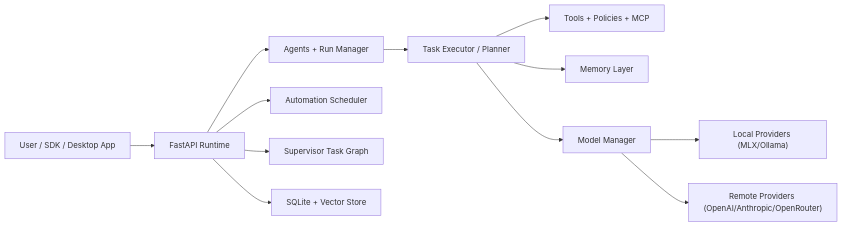
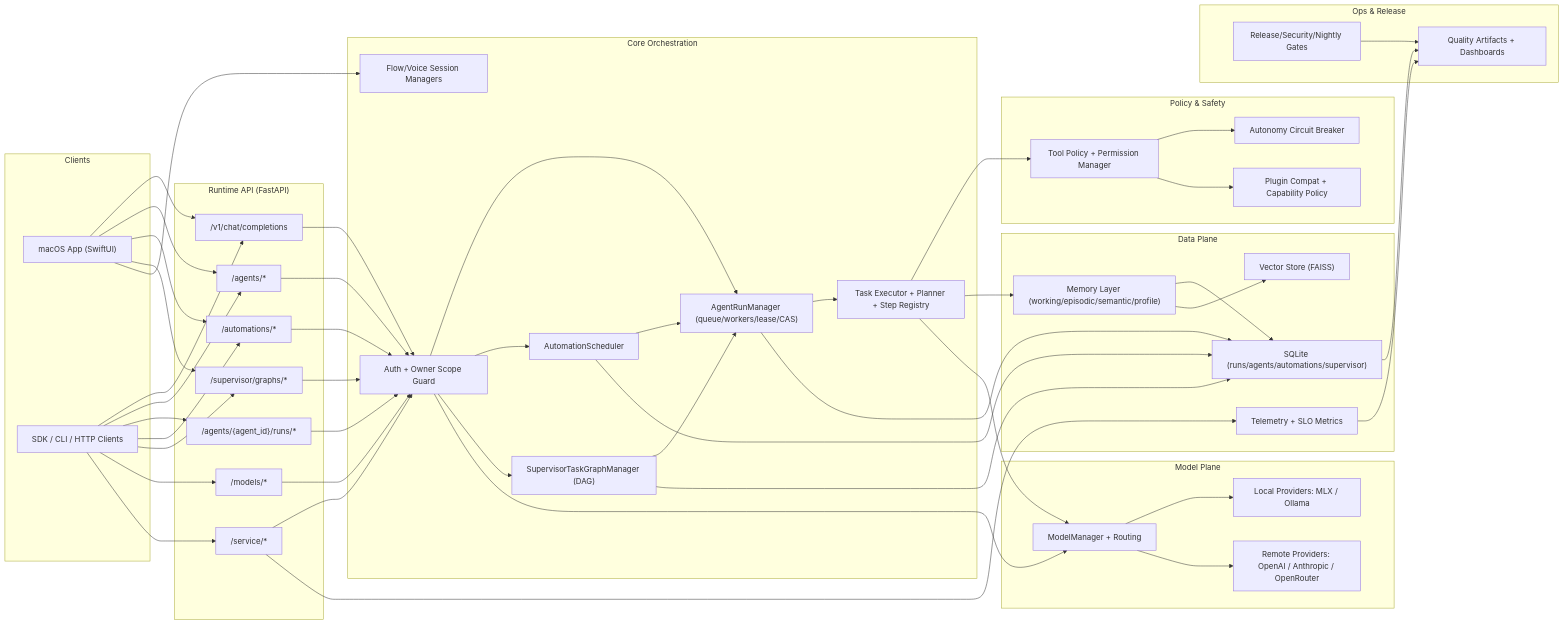
The diagram in README.md (intentionally-left-blank/Amaryllis), drawn with Mermaid before and after one commit.

````diff
--- a/README.md
+++ b/README.md
@@ -30,14 +30,102 @@
 ```mermaid
 flowchart LR
-    U["User / SDK / Desktop App"] --> API["FastAPI Runtime"]
-    API --> AG["Agents + Run Manager"]
-    API --> AU["Automation Scheduler"]
-    API --> SU["Supervisor Task Graph"]
-    AG --> EX["Task Executor / Planner"]
-    EX --> TL["Tools + Policies + MCP"]
-    EX --> MM["Memory Layer"]
-    EX --> MD["Model Manager"]
-    MD --> LP["Local Providers (MLX/Ollama)"]
-    MD --> RP["Remote Providers (OpenAI/Anthropic/OpenRouter)"]
-    API --> DB["SQLite + Vector Store"]
+    subgraph CL["Clients"]
+        DSK["macOS App (SwiftUI)"]
+        SDK["SDK / CLI / HTTP Clients"]
+    end
+
+    subgraph API["Runtime API (FastAPI)"]
+        CHAT["/v1/chat/completions"]
+        AGENT["/agents/*"]
+        RUNS["/agents/{agent_id}/runs/*"]
+        AUTO["/automations/*"]
+        SUP["/supervisor/graphs/*"]
+        MODEL["/models/*"]
+        SVC["/service/*"]
+    end
+
+    subgraph CORE["Core Orchestration"]
+        AUTH["Auth + Owner Scope Guard"]
+        RUNMGR["AgentRunManager (queue/workers/lease/CAS)"]
+        EXEC["Task Executor + Planner + Step Registry"]
+        AUTOSCH["AutomationScheduler"]
+        SUPMGR["SupervisorTaskGraphManager (DAG)"]
+        FLOW["Flow/Voice Session Managers"]
+    end
+
+    subgraph SAFE["Policy & Safety"]
+        TOOLPOL["Tool Policy + Permission Manager"]
+        BREAKER["Autonomy Circuit Breaker"]
+        PLUGPOL["Plugin Compat + Capability Policy"]
+    end
+
+    subgraph MODELPLANE["Model Plane"]
+        MODELMGR["ModelManager + Routing"]
+        LOCAL["Local Providers: MLX / Ollama"]
+        REMOTE["Remote Providers: OpenAI / Anthropic / OpenRouter"]
+    end
+
+    subgraph DATA["Data Plane"]
+        SQL["SQLite (runs/agents/automations/supervisor)"]
+        MEM["Memory Layer (working/episodic/semantic/profile)"]
+        VEC["Vector Store (FAISS)"]
+        OBS["Telemetry + SLO Metrics"]
+    end
+
+    subgraph OPS["Ops & Release"]
+        GATES["Release/Security/Nightly Gates"]
+        REPORTS["Quality Artifacts + Dashboards"]
+    end
+
+    DSK --> CHAT
+    DSK --> AGENT
+    DSK --> AUTO
+    DSK --> SUP
+    DSK --> FLOW
+
+    SDK --> CHAT
+    SDK --> AGENT
+    SDK --> RUNS
+    SDK --> AUTO
+    SDK --> SUP
+    SDK --> MODEL
+    SDK --> SVC
+
+    CHAT --> AUTH
+    AGENT --> AUTH
+    RUNS --> AUTH
+    AUTO --> AUTH
+    SUP --> AUTH
+    MODEL --> AUTH
+    SVC --> AUTH
+
+    AUTH --> RUNMGR
+    AUTH --> AUTOSCH
+    AUTH --> SUPMGR
+    AUTH --> MODELMGR
+
+    RUNMGR --> EXEC
+    EXEC --> TOOLPOL
+    EXEC --> MEM
+    EXEC --> MODELMGR
+
+    TOOLPOL --> BREAKER
+    TOOLPOL --> PLUGPOL
+
+    AUTOSCH --> RUNMGR
+    SUPMGR --> RUNMGR
+
+    MODELMGR --> LOCAL
+    MODELMGR --> REMOTE
+
+    RUNMGR --> SQL
+    AUTOSCH --> SQL
+    SUPMGR --> SQL
+    MEM --> SQL
+    MEM --> VEC
+    SVC --> OBS
+
+    OBS --> REPORTS
+    GATES --> REPORTS
+    SQL --> REPORTS
 ```
````
